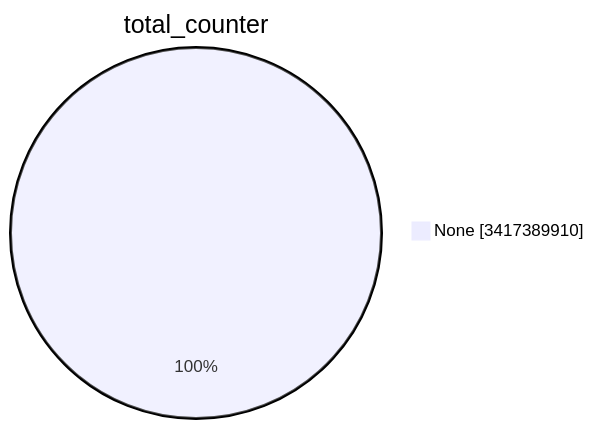
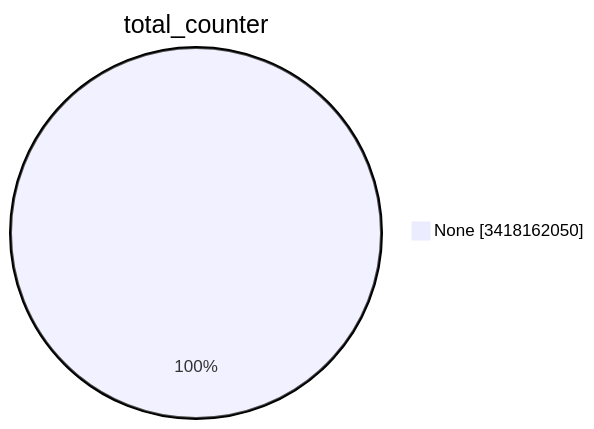
The first of 15 diagrams in TOTAL/README.md (christiankrug/ctmonitor_visualization), drawn with Mermaid before and after one commit. The commit also changed other lines of this file, not shown here.

````diff
--- a/TOTAL/README.md
+++ b/TOTAL/README.md
@@ -1,5 +1,5 @@
 ```mermaid
 pie showData
 title total_counter
-"None" :3417389910
+"None" :3418162050
 ```
````
